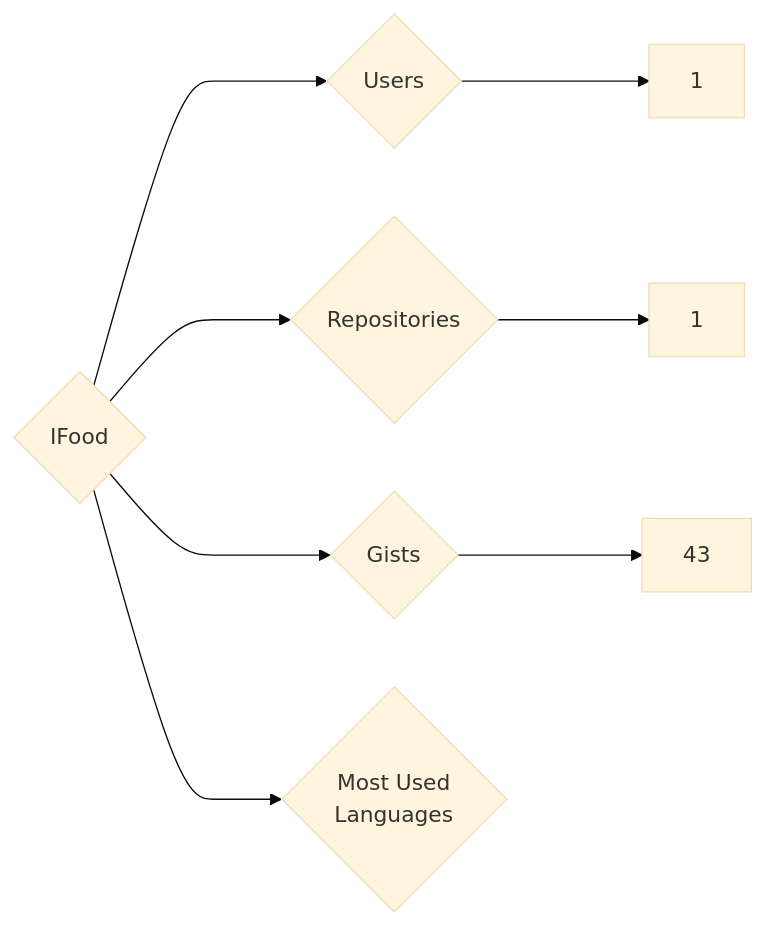
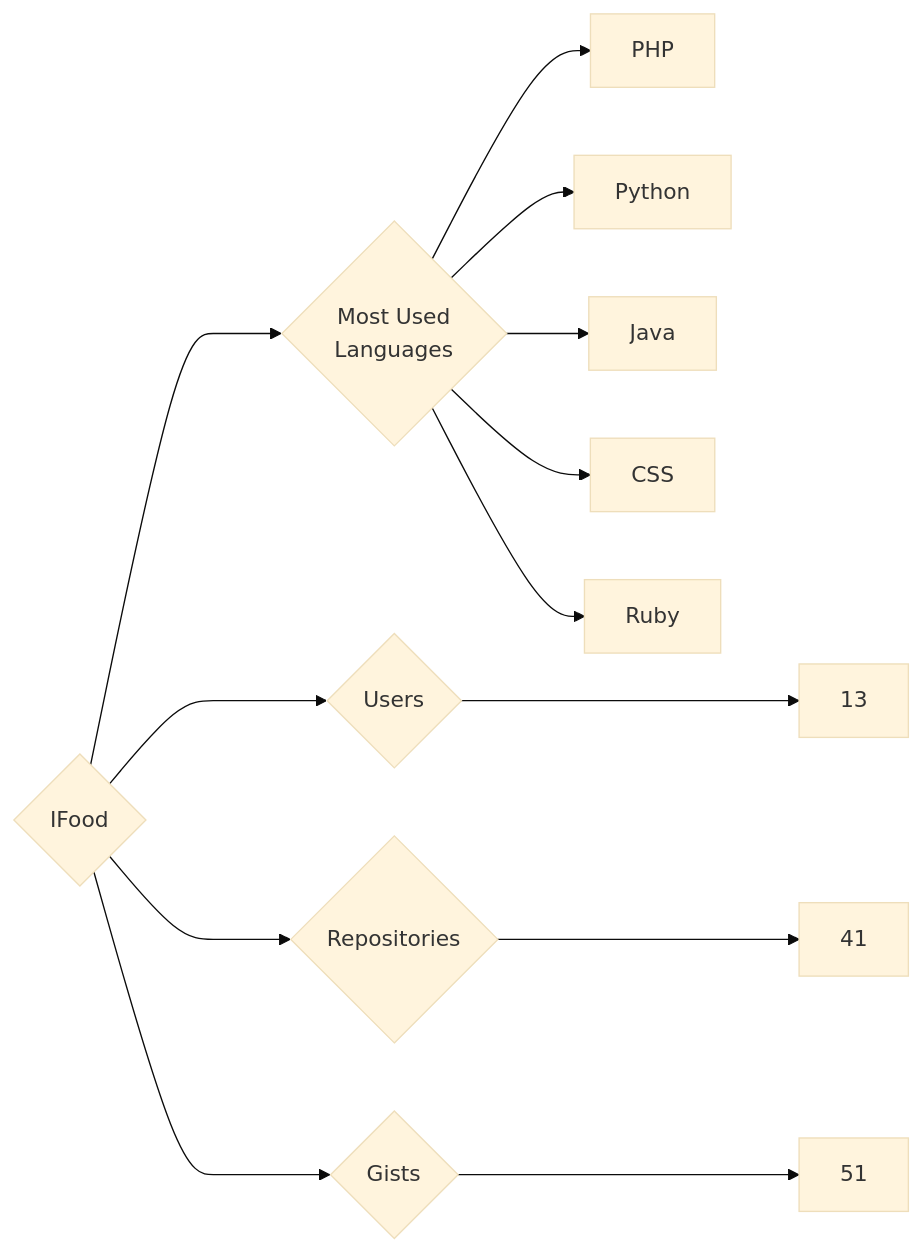
Before and after one commit to trickest/insiders: the diagram in targets/IFood/README.md, drawn with Mermaid (base theme). The commit also changed 1167 other files, not shown here.

````diff
--- a/targets/IFood/README.md
+++ b/targets/IFood/README.md
@@ -3,8 +3,13 @@
 ```mermaid
 graph LR
 COMPANY_NAME{IFood}
-COMPANY_NAME ---> U{Users} ---> UN[1]
-COMPANY_NAME ---> R{Repositories} ---> RN[1]
-COMPANY_NAME ---> G{Gists} ---> GN[43]
+COMPANY_NAME ---> U{Users} ---> UN[13]
+COMPANY_NAME ---> R{Repositories} ---> RN[41]
+COMPANY_NAME ---> G{Gists} ---> GN[51]
 COMPANY_NAME ---> ML{Most Used<br>Languages}
+ML --> PHP[PHP]
+ML --> Python[Python]
+ML --> Java[Java]
+ML --> CSS[CSS]
+ML --> Ruby[Ruby]
 ```
````
